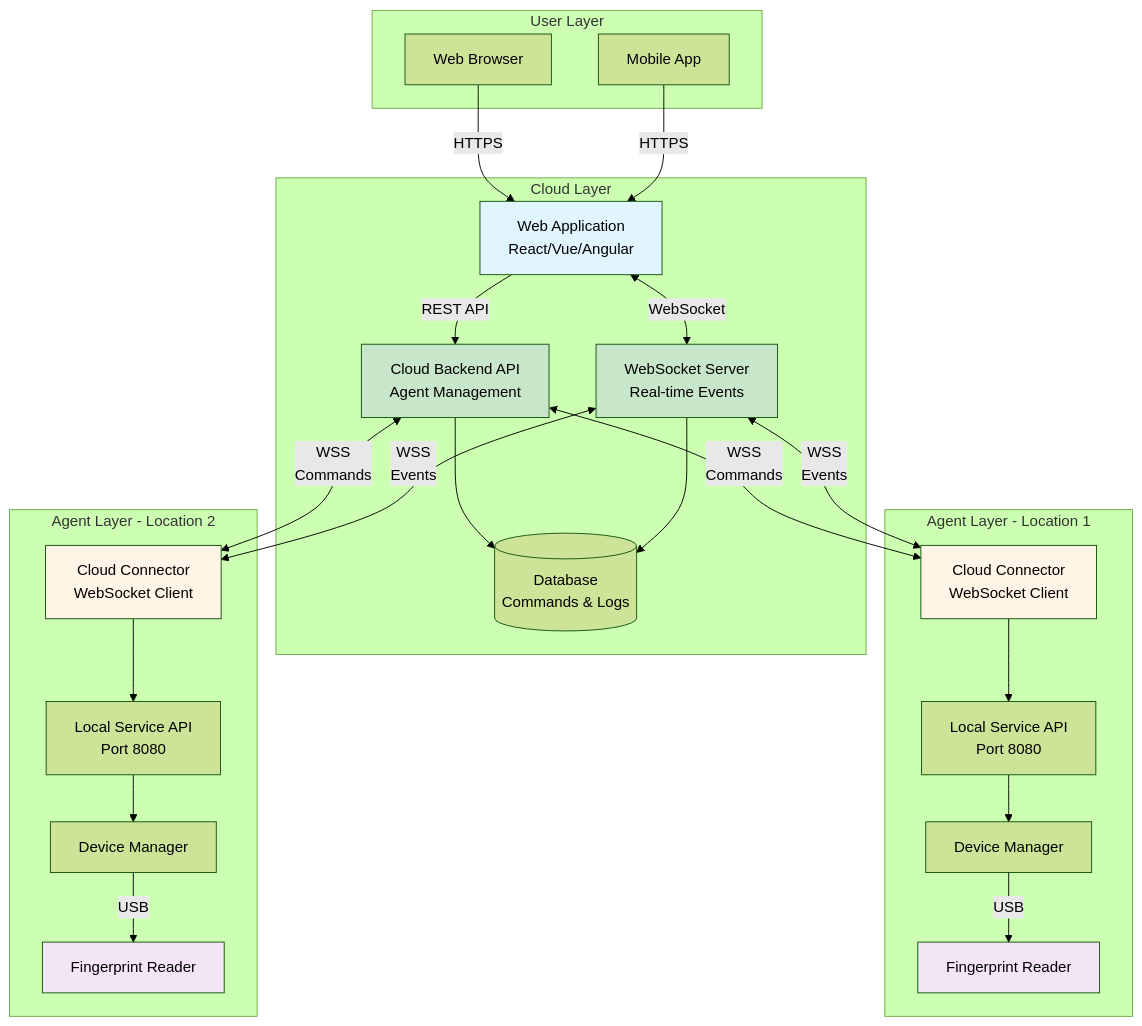
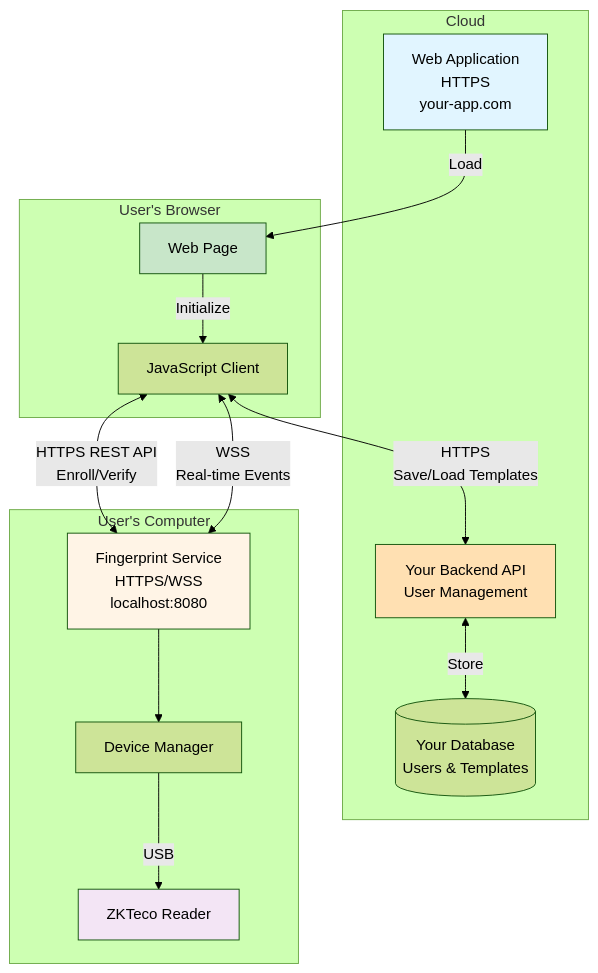
Before and after one commit to devkazuto/docs-site-fingerprint: the second of 3 diagrams in docs/intro.md, drawn with Mermaid (forest theme). The commit also changed other lines of this file and 2 other files, not shown here.

First line of the commit message:
docs(guides): Update fingerprint enrollment and verification flow documentation

````diff
--- a/docs/intro.md
+++ b/docs/intro.md
@@ -98,59 +76,37 @@
 ```mermaid
 graph TB
-    subgraph "User Layer"
-        Browser[Web Browser]
-        Mobile[Mobile App]
+    subgraph "Cloud"
+        WebApp[Web Application<br/>HTTPS<br/>your-app.com]
+        Backend[Your Backend API<br/>User Management]
+        Database[(Your Database<br/>Users & Templates)]
     end
     
-    subgraph "Cloud Layer"
-        WebApp[Web Application<br/>React/Vue/Angular]
-        CloudAPI[Cloud Backend API<br/>Agent Management]
-        CloudWS[WebSocket Server<br/>Real-time Events]
-        CloudDB[(Database<br/>Commands & Logs)]
+    subgraph "User's Browser"
+        Page[Web Page]
+        JS[JavaScript Client]
     end
     
-    subgraph "Agent Layer - Location 1"
-        Agent1[Cloud Connector<br/>WebSocket Client]
-        LocalAPI1[Local Service API<br/>Port 8080]
-        DeviceMgr1[Device Manager]
-        FPReader1[Fingerprint Reader]
+    subgraph "User's Computer"
+        Service[Fingerprint Service<br/>HTTPS/WSS<br/>localhost:8080]
+        DeviceMgr[Device Manager]
+        Reader[ZKTeco Reader]
     end
     
-    subgraph "Agent Layer - Location 2"
-        Agent2[Cloud Connector<br/>WebSocket Client]
-        LocalAPI2[Local Service API<br/>Port 8080]
-        DeviceMgr2[Device Manager]
-        FPReader2[Fingerprint Reader]
-    end
+    WebApp -->|Load| Page
+    Page -->|Initialize| JS
     
-    Browser -->|HTTPS| WebApp
-    Mobile -->|HTTPS| WebApp
+    JS <-->|HTTPS REST API<br/>Enroll/Verify| Service
+    JS <-->|WSS<br/>Real-time Events| Service
     
-    WebApp -->|REST API| CloudAPI
-    WebApp <-->|WebSocket| CloudWS
+    JS <-->|HTTPS<br/>Save/Load Templates| Backend
+    Backend <-->|Store| Database
     
-    CloudAPI --> CloudDB
-    CloudWS --> CloudDB
-    
-    CloudAPI <-->|WSS<br/>Commands| Agent1
-    CloudWS <-->|WSS<br/>Events| Agent1
-    
-    CloudAPI <-->|WSS<br/>Commands| Agent2
-    CloudWS <-->|WSS<br/>Events| Agent2
-    
-    Agent1 --> LocalAPI1
-    LocalAPI1 --> DeviceMgr1
-    DeviceMgr1 -->|USB| FPReader1
-    
-    Agent2 --> LocalAPI2
-    LocalAPI2 --> DeviceMgr2
-    DeviceMgr2 -->|USB| FPReader2
+    Service --> DeviceMgr
+    DeviceMgr -->|USB| Reader
     
     style WebApp fill:#e1f5ff
-    style CloudAPI fill:#c8e6c9
-    style CloudWS fill:#c8e6c9
-    style Agent1 fill:#fff4e6
-    style Agent2 fill:#fff4e6
-    style FPReader1 fill:#f3e5f5
-    style FPReader2 fill:#f3e5f5
+    style Page fill:#c8e6c9
+    style Service fill:#fff4e6
+    style Reader fill:#f3e5f5
+    style Backend fill:#ffe0b2
 ```
````
